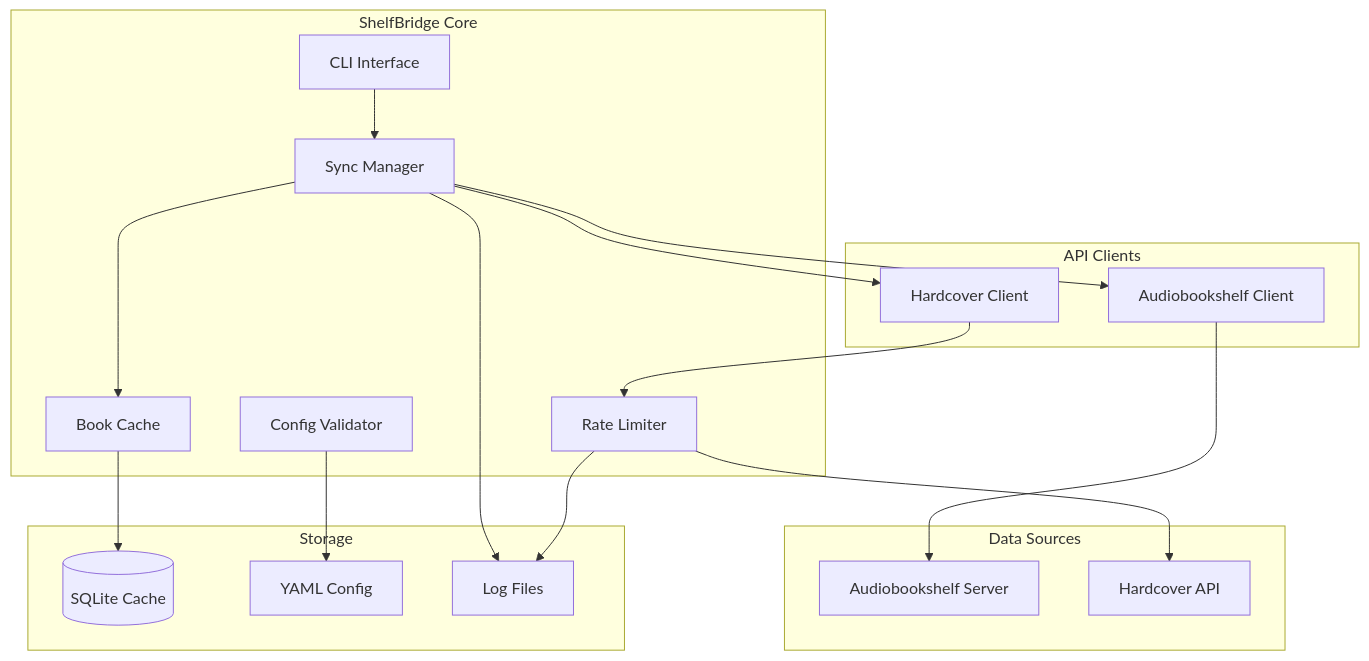
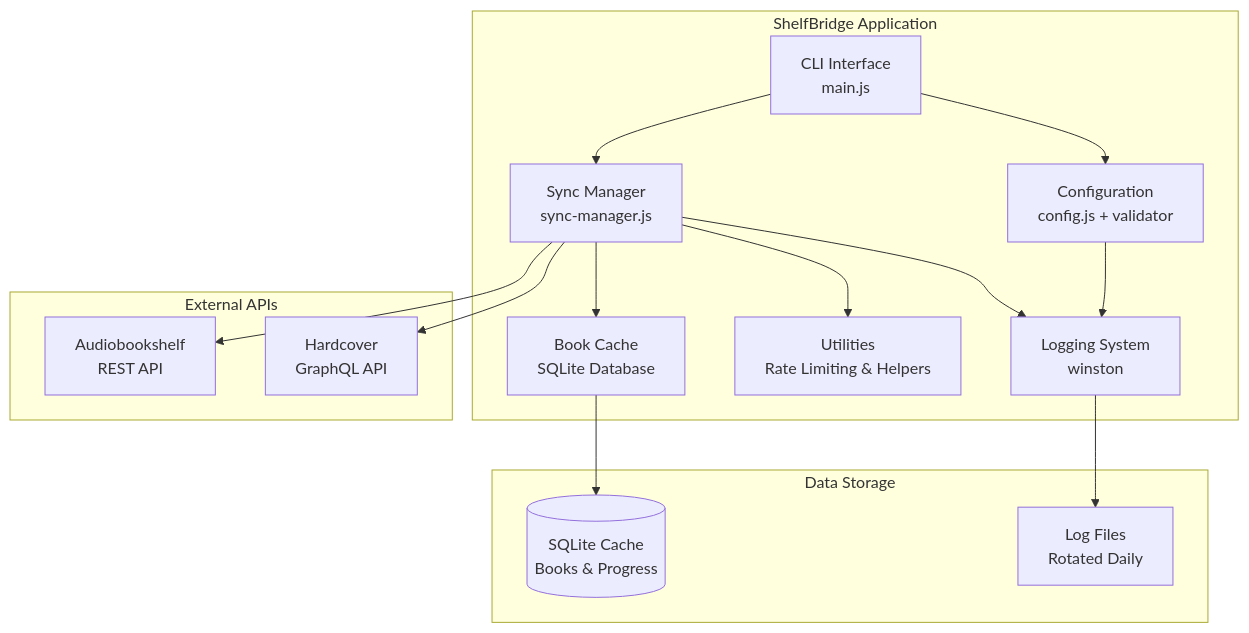
Before and after one commit to rohit-purandare/ShelfBridge: the first of 2 diagrams in wiki/technical/Architecture-Overview.md, drawn with Mermaid. The commit also changed other lines of this file and 15 other files, not shown here.

````diff
--- a/wiki/technical/Architecture-Overview.md
+++ b/wiki/technical/Architecture-Overview.md
@@ -9,38 +7,32 @@
 ```mermaid
 graph TB
-    subgraph "Data Sources"
-        ABS[Audiobookshelf Server]
-        HC[Hardcover API]
+    subgraph "ShelfBridge Application"
+        CLI[CLI Interface<br/>main.js]
+        CONFIG[Configuration<br/>config.js + validator]
+        SYNC[Sync Manager<br/>sync-manager.js]
+        CACHE[Book Cache<br/>SQLite Database]
+        UTILS[Utilities<br/>Rate Limiting & Helpers]
+        LOG[Logging System<br/>winston]
     end
     
-    subgraph "ShelfBridge Core"
-        CLI[CLI Interface]
-        SM[Sync Manager]
-        BC[Book Cache]
-        CV[Config Validator]
-        RL[Rate Limiter]
+    subgraph "External APIs"
+        ABS[Audiobookshelf<br/>REST API]
+        HC[Hardcover<br/>GraphQL API]
     end
     
-    subgraph "API Clients"
-        ABSC[Audiobookshelf Client]
-        HCC[Hardcover Client]
+    subgraph "Data Storage"
+        DB[(SQLite Cache<br/>Books & Progress)]
+        LOGS[Log Files<br/>Rotated Daily]
     end
     
-    subgraph "Storage"
-        SQLite[(SQLite Cache)]
-        Config[YAML Config]
-        Logs[Log Files]
-    end
-    
-    CLI --> SM
-    SM --> ABSC
-    SM --> HCC
-    SM --> BC
-    BC --> SQLite
-    ABSC --> ABS
-    HCC --> RL
-    RL --> HC
-    CV --> Config
-    SM --> Logs
-    RL --> Logs
+    CLI --> CONFIG
+    CLI --> SYNC
+    SYNC --> ABS
+    SYNC --> HC
+    SYNC --> CACHE
+    CACHE --> DB
+    SYNC --> UTILS
+    SYNC --> LOG
+    LOG --> LOGS
+    CONFIG --> LOG
 ```
````
